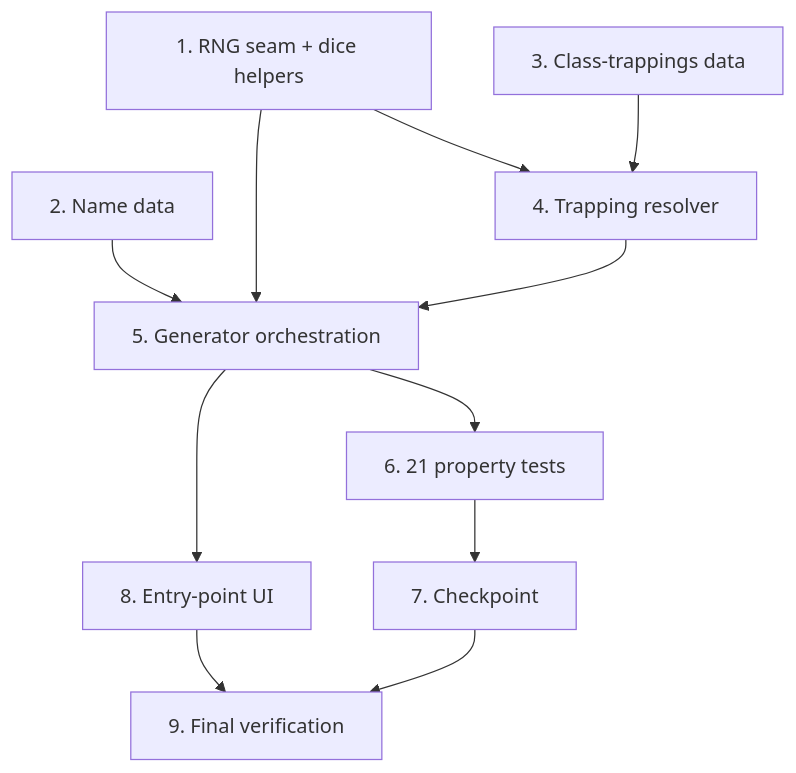
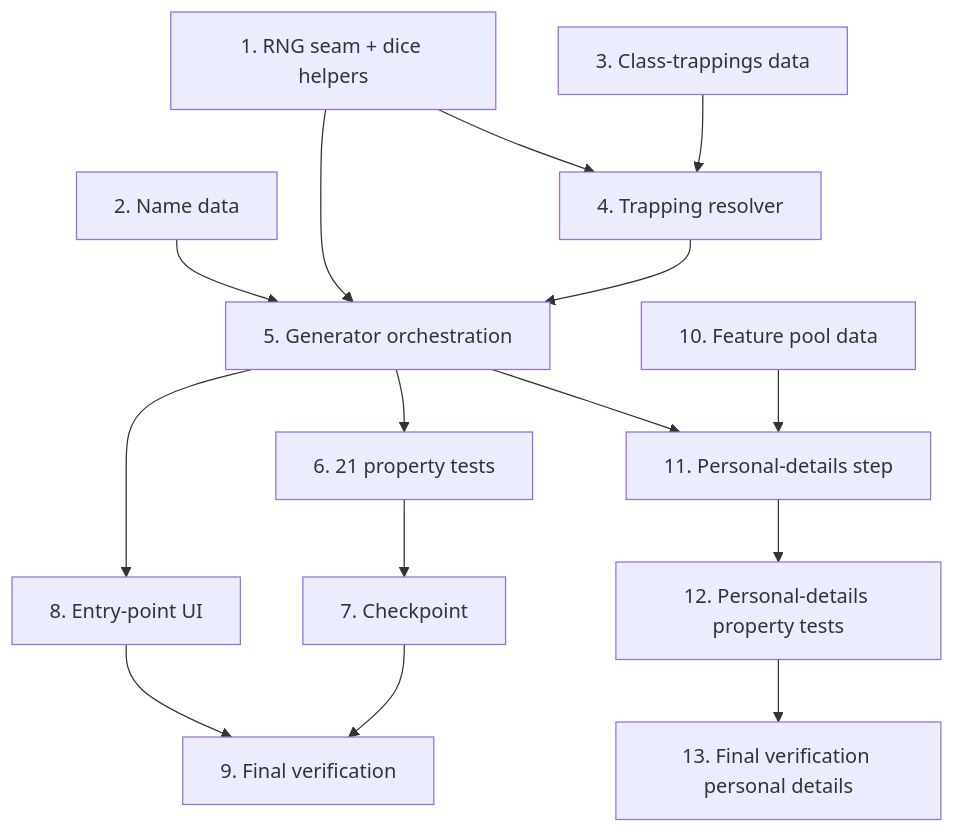
Before and after one commit to Folemaeth/PWACharSheet: the diagram in .kiro/specs/random-character-generator/tasks.md, drawn with Mermaid. The commit also changed other lines of this file and 10 other files, not shown here.

````diff
--- a/.kiro/specs/random-character-generator/tasks.md
+++ b/.kiro/specs/random-character-generator/tasks.md
@@ -239,13 +289,17 @@
 ```mermaid
 graph TD
   T1[1. RNG seam + dice helpers] --> T4[4. Trapping resolver]
   T2[2. Name data] --> T5[5. Generator orchestration]
   T3[3. Class-trappings data] --> T4
   T1 --> T5
   T4 --> T5
   T5 --> T6[6. 21 property tests]
   T5 --> T8[8. Entry-point UI]
   T6 --> T7[7. Checkpoint]
   T8 --> T9[9. Final verification]
   T7 --> T9
+  T5 --> T11[11. Personal-details step]
+  T10[10. Feature pool data] --> T11
+  T11 --> T12[12. Personal-details property tests]
+  T12 --> T13b[13. Final verification personal details]
 ```
````
